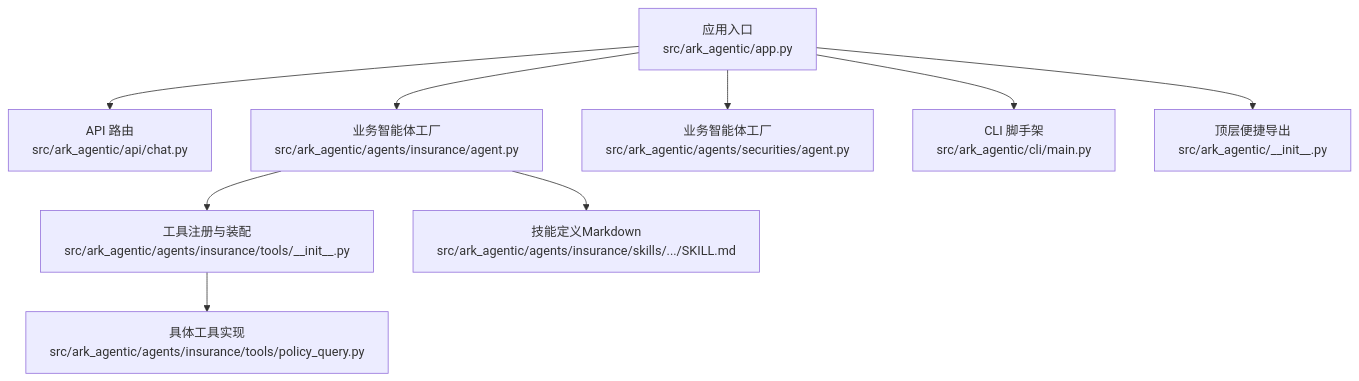
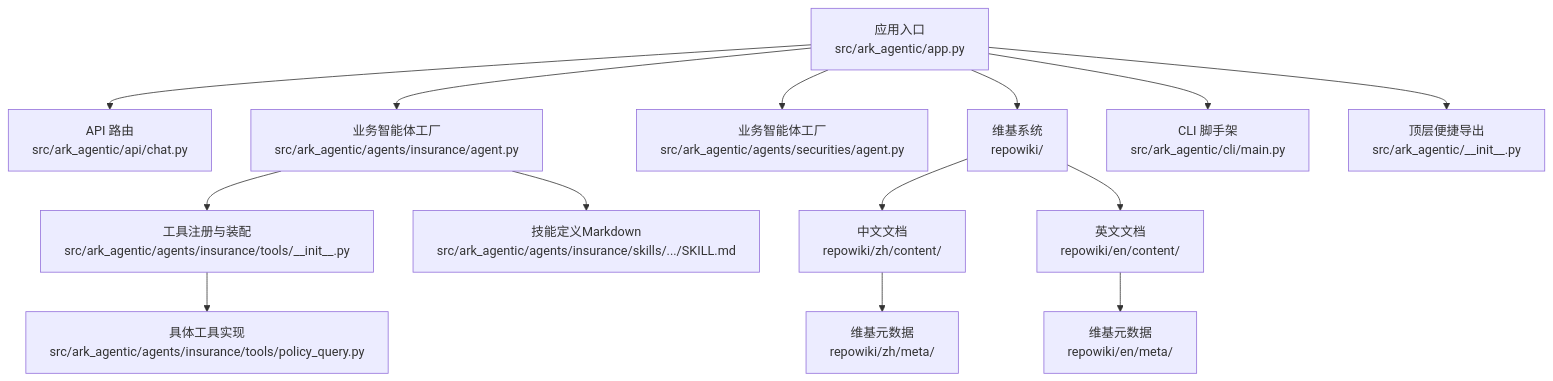
One commit to YU-JI-KUI/ark-agentic changed the first of 6 diagrams in repowiki/zh/content/快速开始.md. Above: the diagram before and after it, drawn with Mermaid. The commit also changed other lines of this file and 10 other files, not shown here.

````diff
--- a/repowiki/zh/content/快速开始.md
+++ b/repowiki/zh/content/快速开始.md
@@ -53,11 +64,16 @@
 ```mermaid
 graph TB
 A["应用入口<br/>src/ark_agentic/app.py"] --> B["API 路由<br/>src/ark_agentic/api/chat.py"]
 A --> C["业务智能体工厂<br/>src/ark_agentic/agents/insurance/agent.py"]
 A --> D["业务智能体工厂<br/>src/ark_agentic/agents/securities/agent.py"]
+A --> W["维基系统<br/>repowiki/"]
 C --> E["工具注册与装配<br/>src/ark_agentic/agents/insurance/tools/__init__.py"]
 E --> F["具体工具实现<br/>src/ark_agentic/agents/insurance/tools/policy_query.py"]
 C --> G["技能定义Markdown<br/>src/ark_agentic/agents/insurance/skills/.../SKILL.md"]
 A --> H["CLI 脚手架<br/>src/ark_agentic/cli/main.py"]
 A --> I["顶层便捷导出<br/>src/ark_agentic/__init__.py"]
+W --> J["中文文档<br/>repowiki/zh/content/"]
+W --> K["英文文档<br/>repowiki/en/content/"]
+J --> L["维基元数据<br/>repowiki/zh/meta/"]
+K --> M["维基元数据<br/>repowiki/en/meta/"]
 ```
````
